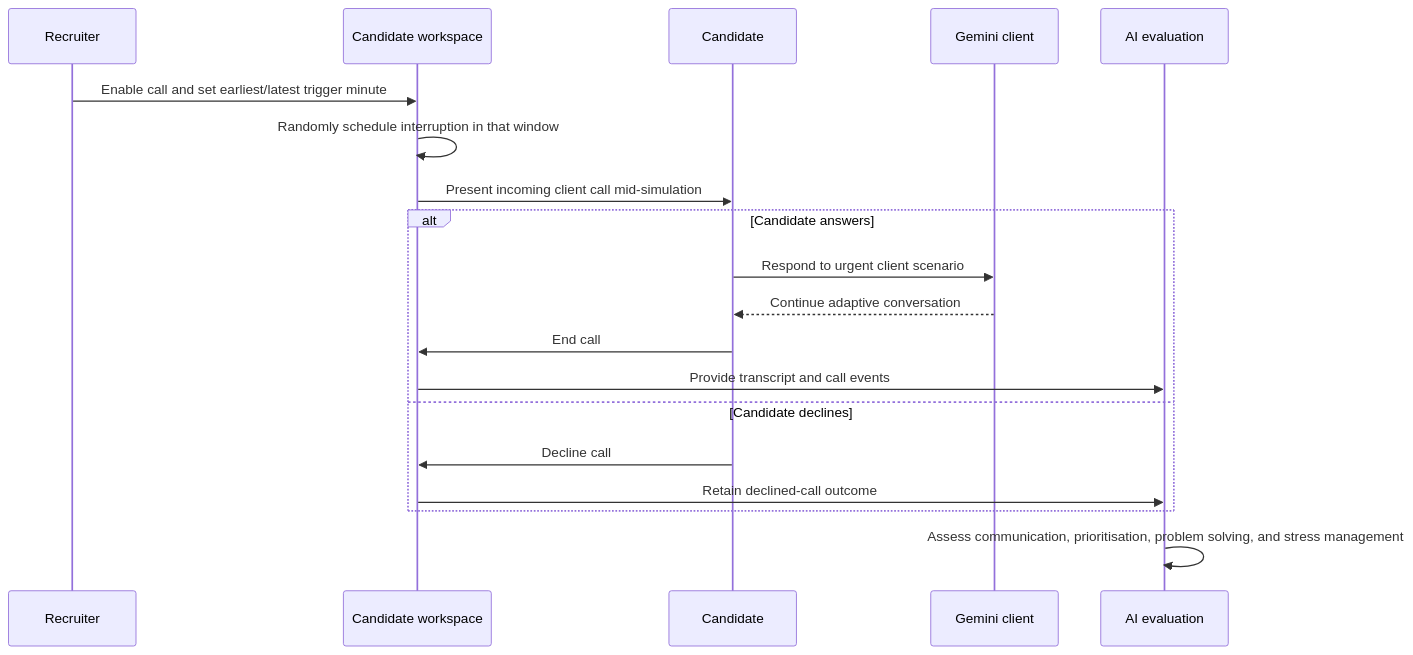
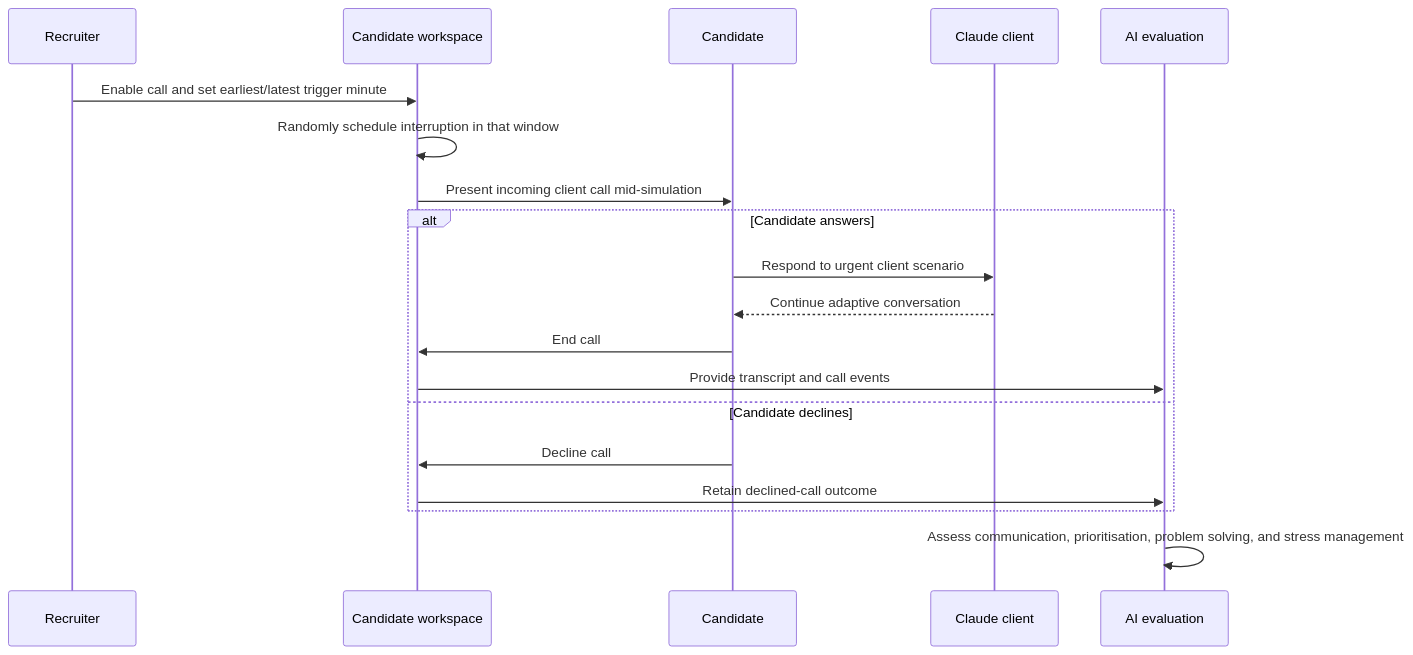
The first of 4 diagrams in README.md (eshwarpotturi/Simuhire), drawn with Mermaid before and after one commit. The commit also changed other lines of this file and 11 other files, not shown here.

First line of the commit message:
Migrate AI layer from Gemini to the Claude API

````diff
--- a/README.md
+++ b/README.md
@@ -17,22 +13,22 @@
 ```mermaid
 sequenceDiagram
     participant R as Recruiter
     participant W as Candidate workspace
     participant C as Candidate
-    participant G as Gemini client
+    participant G as Claude client
     participant E as AI evaluation
 
     R->>W: Enable call and set earliest/latest trigger minute
     W->>W: Randomly schedule interruption in that window
     W->>C: Present incoming client call mid-simulation
     alt Candidate answers
         C->>G: Respond to urgent client scenario
         G-->>C: Continue adaptive conversation
         C->>W: End call
         W->>E: Provide transcript and call events
     else Candidate declines
         C->>W: Decline call
         W->>E: Retain declined-call outcome
     end
     E->>E: Assess communication, prioritisation, problem solving, and stress management
 ```
````
